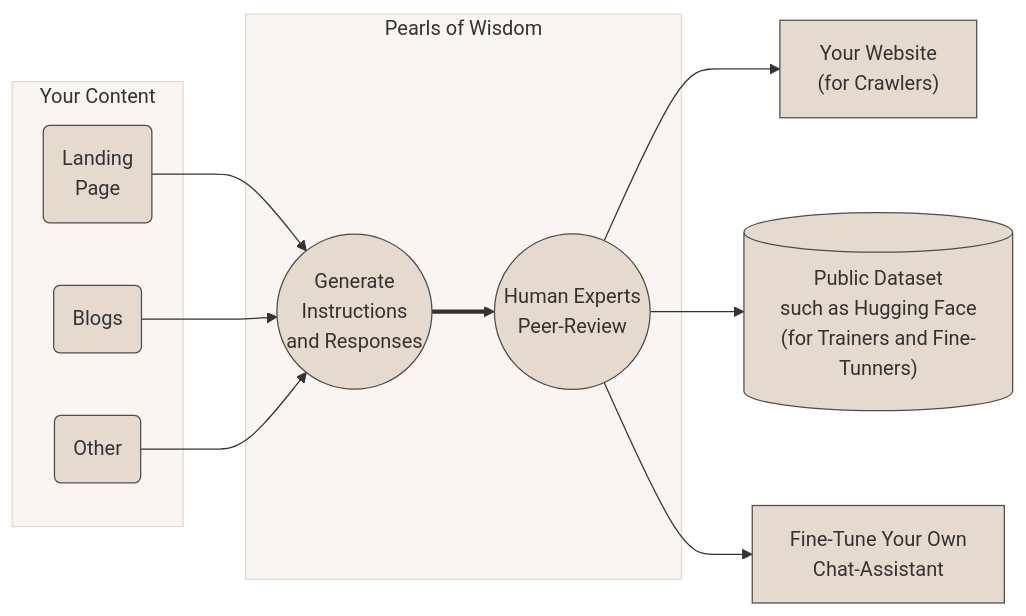
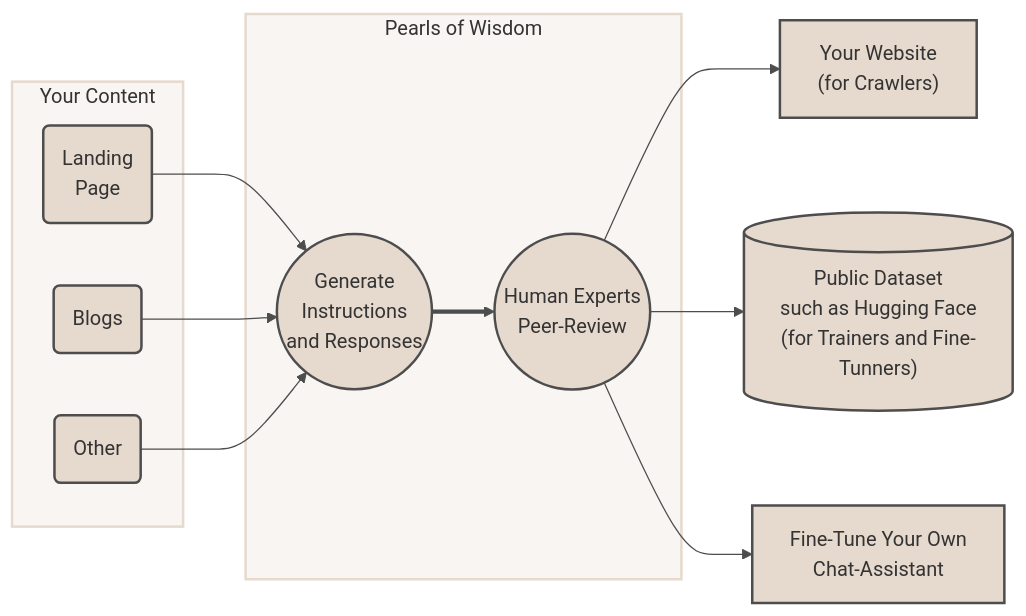
One commit to kirilligum/prls.co changed the diagram in diagrams/userflow.mmd. Above: the diagram before and after it, drawn with Mermaid.

First paragraph of the commit message:
aider: Updated background and stroke styles in userflow.mmd to match style.css settings
# Aider chat conversation:

```diff
--- a/diagrams/userflow.mmd
+++ b/diagrams/userflow.mmd
@@ -1,30 +1,31 @@
 graph LR
-  style yc fill:#f8f5f2,stroke:#e6d9ce
-  style pow fill:#f8f5f2,stroke:#e6d9ce
-  style lp fill:#e6d9ce,stroke:#4d4d4d
-  style b fill:#e6d9ce,stroke:#4d4d4d
-  style other fill:#e6d9ce,stroke:#4d4d4d
-  style g fill:#e6d9ce,stroke:#4d4d4d
-  style h fill:#e6d9ce,stroke:#4d4d4d
-  style page fill:#e6d9ce,stroke:#4d4d4d
-  style pubhf fill:#e6d9ce,stroke:#4d4d4d
-  style cllm fill:#e6d9ce,stroke:#4d4d4d
+  %%{init: {'themeVariables': { 'background': '#f8f5f2', 'primaryColor': '#e6d9ce', 'lineColor': '#4d4d4d', 'border1': '#e6d9ce' }}}%%
+  style yc fill:#f8f5f2,stroke:#e6d9ce,stroke-width:2px
+  style pow fill:#f8f5f2,stroke:#e6d9ce,stroke-width:2px
+  style lp fill:#e6d9ce,stroke:#4d4d4d,stroke-width:2px
+  style b fill:#e6d9ce,stroke:#4d4d4d,stroke-width:2px
+  style other fill:#e6d9ce,stroke:#4d4d4d,stroke-width:2px
+  style g fill:#e6d9ce,stroke:#4d4d4d,stroke-width:2px
+  style h fill:#e6d9ce,stroke:#4d4d4d,stroke-width:2px
+  style page fill:#e6d9ce,stroke:#4d4d4d,stroke-width:2px
+  style pubhf fill:#e6d9ce,stroke:#4d4d4d,stroke-width:2px
+  style cllm fill:#e6d9ce,stroke:#4d4d4d,stroke-width:2px
 subgraph yc[Your Content]
   lp("Landing<br/>Page")
   b(Blogs)
   other(Other)
 end
 subgraph pow[Pearls of Wisdom]
   g(("Generate<br/>Instructions<br/>and Responses"))
   h(("Human Experts<br/>Peer-Review"))
 end
 page["Your Website<br/>(for Crawlers)"]
 pubhf[("Public Dataset<br/>such as Hugging Face<br/>(for Trainers and Fine-Tunners)")]
 cllm["Fine-Tune Your Own<br/>Chat-Assistant"]
 lp-->g
 b-->g
 other-->g
 g==>h
 h-->page
 h-->pubhf
 h-->cllm
```
